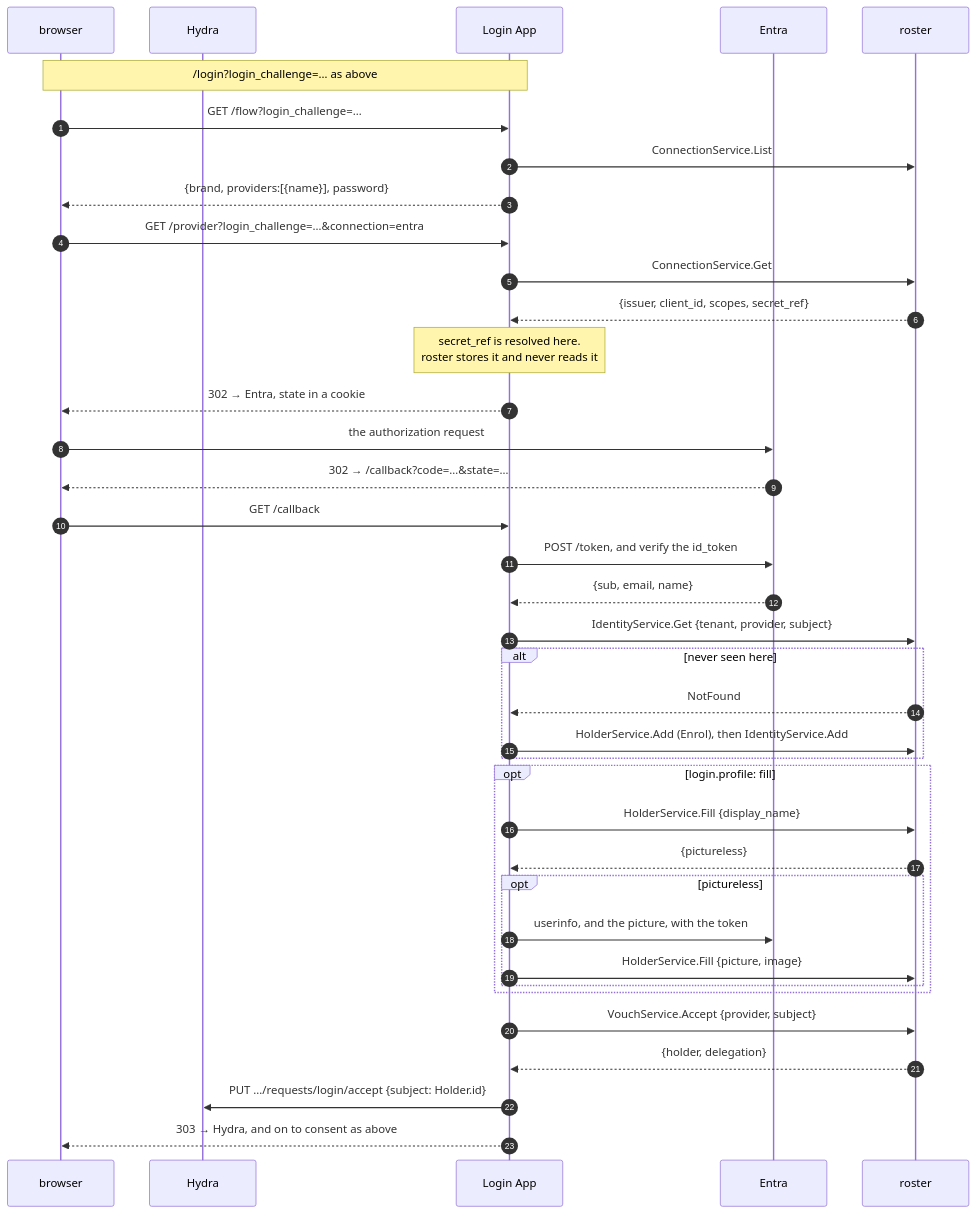
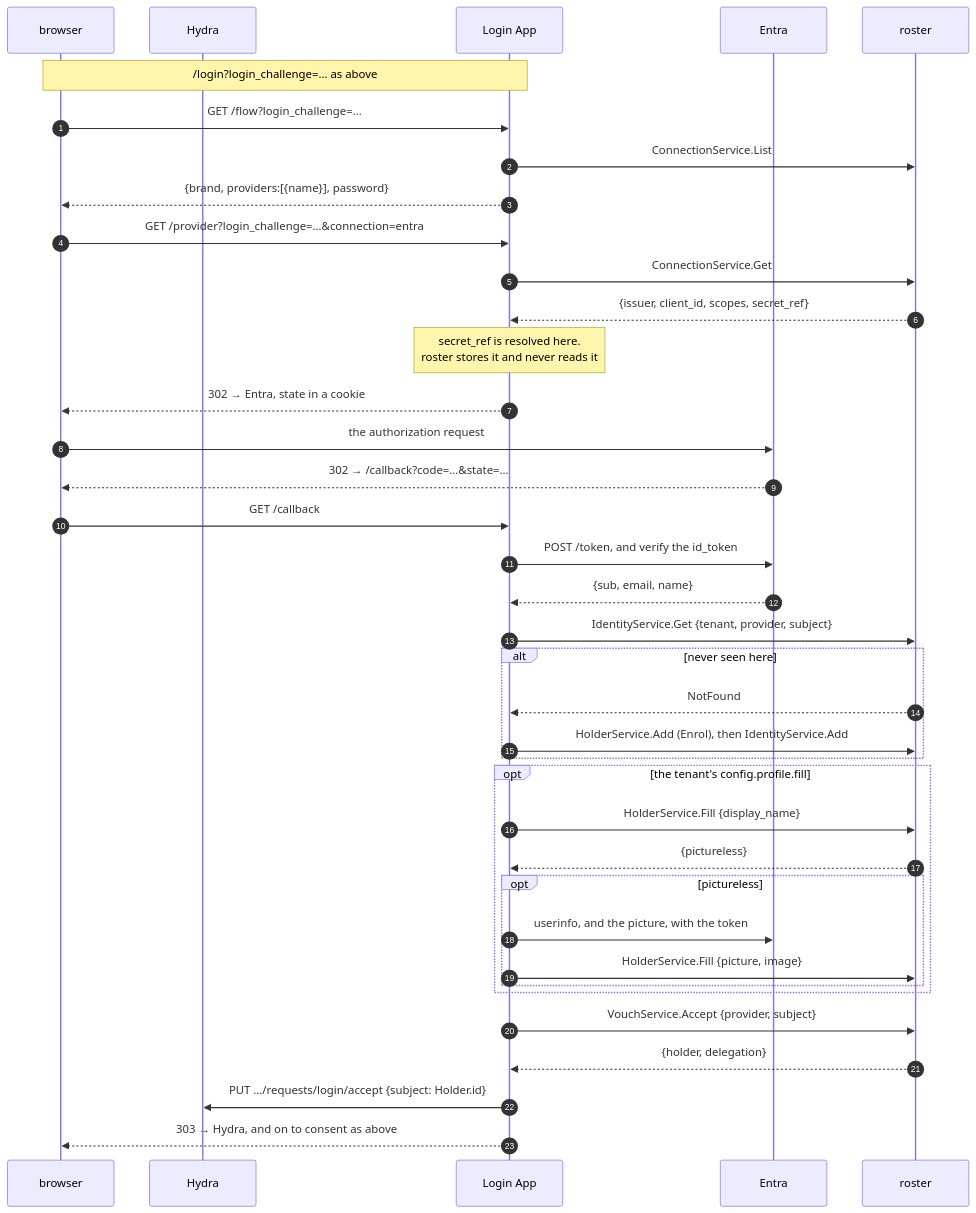
The fourth of 7 diagrams in docs/login.md (lesomnus/roster), drawn with Mermaid before and after one commit. The commit also changed other lines of this file and 38 other files, not shown here.

````diff
--- a/docs/login.md
+++ b/docs/login.md
@@ -308,43 +308,43 @@
 ```mermaid
 sequenceDiagram
   autonumber
   participant B as browser
   participant H as Hydra
   participant L as Login App
   participant E as Entra
   participant R as roster
 
   Note over B,L: /login?login_challenge=… as above
   B->>L: GET /flow?login_challenge=…
   L->>R: ConnectionService.List
   L-->>B: {brand, providers:[{name}], password}
 
   B->>L: GET /provider?login_challenge=…&connection=entra
   L->>R: ConnectionService.Get
   R-->>L: {issuer, client_id, scopes, secret_ref}
   Note over L: secret_ref is resolved here.<br/>roster stores it and never reads it
   L-->>B: 302 → Entra, state in a cookie
   B->>E: the authorization request
   E-->>B: 302 → /callback?code=…&state=…
 
   B->>L: GET /callback
   L->>E: POST /token, and verify the id_token
   E-->>L: {sub, email, name}
   L->>R: IdentityService.Get {tenant, provider, subject}
   alt never seen here
     R-->>L: NotFound
     L->>R: HolderService.Add (Enrol), then IdentityService.Add
   end
-  opt login.profile: fill
+  opt the tenant's config.profile.fill
     L->>R: HolderService.Fill {display_name}
     R-->>L: {pictureless}
     opt pictureless
       L->>E: userinfo, and the picture, with the token
       L->>R: HolderService.Fill {picture, image}
     end
   end
   L->>R: VouchService.Accept {provider, subject}
   R-->>L: {holder, delegation}
   L->>H: PUT …/requests/login/accept {subject: Holder.id}
   L-->>B: 303 → Hydra, and on to consent as above
 ```
````
